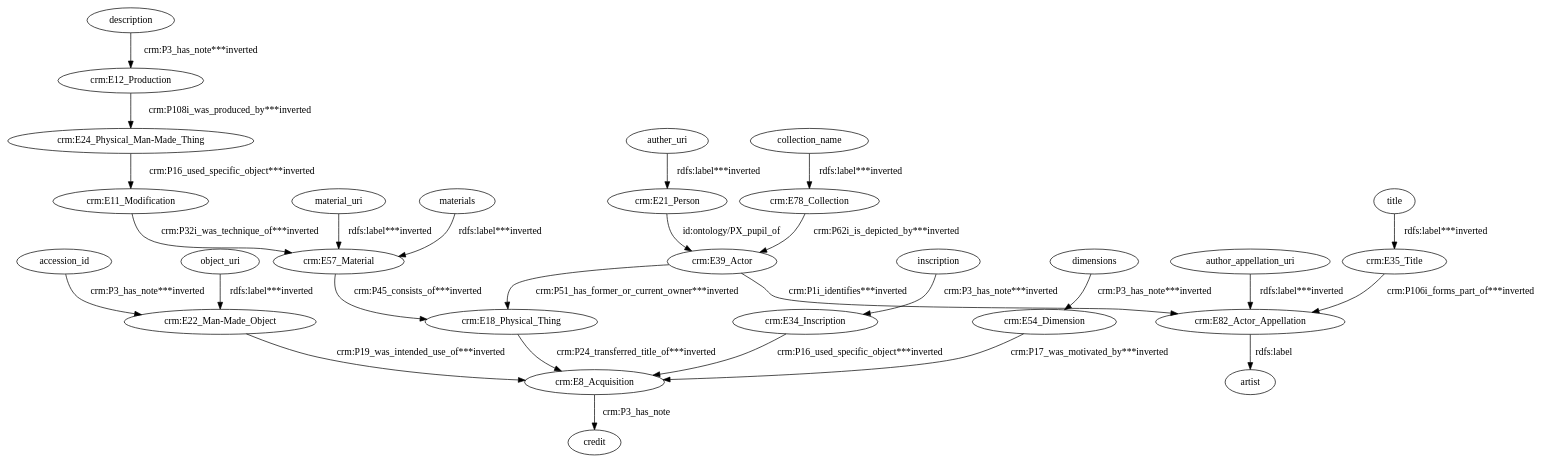
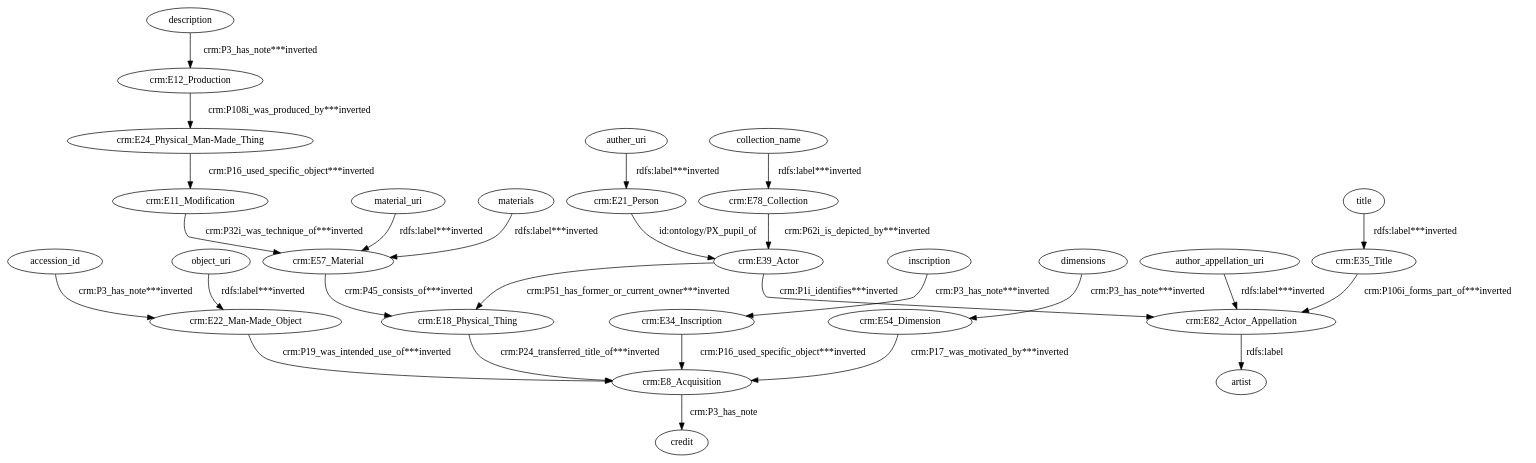
One commit to giuseppefutia/semi changed the diagram in data/taheriyan2016/task_02/semantic_models/steiner/dot/s10-s-18-artworks.dot. Above: the diagram before and after it, drawn with Graphviz. The commit also changed 223 other files, not shown here.

```diff
--- a/data/taheriyan2016/task_02/semantic_models/steiner/dot/s10-s-18-artworks.dot
+++ b/data/taheriyan2016/task_02/semantic_models/steiner/dot/s10-s-18-artworks.dot
@@ -1,55 +1,55 @@
 digraph {
   accession_id [type=attribute_name,label=accession_id]
   "crm:E22_Man-Made_Object1" [type=class_uri,label="crm:E22_Man-Made_Object"]
   auther_uri [type=attribute_name,label=auther_uri]
   "crm:E21_Person1" [type=class_uri,label="crm:E21_Person"]
   author_appellation_uri [type=attribute_name,label=author_appellation_uri]
   "crm:E82_Actor_Appellation1" [type=class_uri,label="crm:E82_Actor_Appellation"]
   collection_name [type=attribute_name,label=collection_name]
   "crm:E78_Collection1" [type=class_uri,label="crm:E78_Collection"]
   "crm:E11_Modification" [type=class_uri,label="crm:E11_Modification"]
   "crm:E57_Material1" [type=class_uri,label="crm:E57_Material"]
   "crm:E12_Production1" [type=class_uri,label="crm:E12_Production"]
   "crm:E24_Physical_Man-Made_Thing" [type=class_uri,label="crm:E24_Physical_Man-Made_Thing"]
   "crm:E18_Physical_Thing" [type=class_uri,label="crm:E18_Physical_Thing"]
   "crm:E8_Acquisition1" [type=class_uri,label="crm:E8_Acquisition"]
   "crm:E39_Actor" [type=class_uri,label="crm:E39_Actor"]
   "crm:E34_Inscription1" [type=class_uri,label="crm:E34_Inscription"]
   "crm:E35_Title1" [type=class_uri,label="crm:E35_Title"]
   "crm:E54_Dimension1" [type=class_uri,label="crm:E54_Dimension"]
   artist [type=attribute_name,label=artist]
   credit [type=attribute_name,label=credit]
   description [type=attribute_name,label=description]
   dimensions [type=attribute_name,label=dimensions]
   inscription [type=attribute_name,label=inscription]
   material_uri [type=attribute_name,label=material_uri]
   materials [type=attribute_name,label=materials]
   object_uri [type=attribute_name,label=object_uri]
   title [type=attribute_name,label=title]
-  accession_id -> "crm:E22_Man-Made_Object1" [type=st_property_uri,label="crm:P3_has_note***inverted"]
-  auther_uri -> "crm:E21_Person1" [type=st_property_uri,label="rdfs:label***inverted"]
-  author_appellation_uri -> "crm:E82_Actor_Appellation1" [type=st_property_uri,label="rdfs:label***inverted"]
-  collection_name -> "crm:E78_Collection1" [type=st_property_uri,label="rdfs:label***inverted"]
-  "crm:E11_Modification" -> "crm:E57_Material1" [type=inherited,label="crm:P32i_was_technique_of***inverted"]
-  "crm:E12_Production1" -> "crm:E24_Physical_Man-Made_Thing" [type=direct_property_uri,label="crm:P108i_was_produced_by***inverted"]
-  "crm:E18_Physical_Thing" -> "crm:E8_Acquisition1" [type=direct_property_uri,label="crm:P24_transferred_title_of***inverted"]
-  "crm:E21_Person1" -> "crm:E39_Actor" [label="id:ontology/PX_pupil_of",type=direct_property_uri]
-  "crm:E22_Man-Made_Object1" -> "crm:E8_Acquisition1" [type=inherited,label="crm:P19_was_intended_use_of***inverted"]
-  "crm:E24_Physical_Man-Made_Thing" -> "crm:E11_Modification" [type=inherited,label="crm:P16_used_specific_object***inverted"]
-  "crm:E34_Inscription1" -> "crm:E8_Acquisition1" [type=inherited,label="crm:P16_used_specific_object***inverted"]
-  "crm:E35_Title1" -> "crm:E82_Actor_Appellation1" [type=inherited,label="crm:P106i_forms_part_of***inverted"]
-  "crm:E39_Actor" -> "crm:E18_Physical_Thing" [type=direct_property_uri,label="crm:P51_has_former_or_current_owner***inverted"]
-  "crm:E39_Actor" -> "crm:E82_Actor_Appellation1" [type=inherited,label="crm:P1i_identifies***inverted"]
-  "crm:E54_Dimension1" -> "crm:E8_Acquisition1" [type=inherited,label="crm:P17_was_motivated_by***inverted"]
-  "crm:E57_Material1" -> "crm:E18_Physical_Thing" [type=direct_property_uri,label="crm:P45_consists_of***inverted"]
-  "crm:E78_Collection1" -> "crm:E39_Actor" [type=inherited,label="crm:P62i_is_depicted_by***inverted"]
+  accession_id -> "crm:E22_Man-Made_Object1" [type=st_property_uri,label="crm:P3_has_note***inverted",weight=1]
+  auther_uri -> "crm:E21_Person1" [type=st_property_uri,label="rdfs:label***inverted",weight=1]
+  author_appellation_uri -> "crm:E82_Actor_Appellation1" [type=st_property_uri,label="rdfs:label***inverted",weight=1]
+  collection_name -> "crm:E78_Collection1" [type=st_property_uri,label="rdfs:label***inverted",weight=1]
+  "crm:E11_Modification" -> "crm:E57_Material1" [type=inherited,label="crm:P32i_was_technique_of***inverted",weight=4]
+  "crm:E12_Production1" -> "crm:E24_Physical_Man-Made_Thing" [type=direct_property_uri,label="crm:P108i_was_produced_by***inverted",weight=1]
+  "crm:E18_Physical_Thing" -> "crm:E8_Acquisition1" [type=direct_property_uri,label="crm:P24_transferred_title_of***inverted",weight=1]
+  "crm:E21_Person1" -> "crm:E39_Actor" [label="id:ontology/PX_pupil_of",type=direct_property_uri,weight=1]
+  "crm:E22_Man-Made_Object1" -> "crm:E8_Acquisition1" [type=inherited,label="crm:P19_was_intended_use_of***inverted",weight=4]
+  "crm:E24_Physical_Man-Made_Thing" -> "crm:E11_Modification" [type=inherited,label="crm:P16_used_specific_object***inverted",weight=4]
+  "crm:E34_Inscription1" -> "crm:E8_Acquisition1" [type=inherited,label="crm:P16_used_specific_object***inverted",weight=4]
+  "crm:E35_Title1" -> "crm:E82_Actor_Appellation1" [type=inherited,label="crm:P106i_forms_part_of***inverted",weight=4]
+  "crm:E39_Actor" -> "crm:E18_Physical_Thing" [type=direct_property_uri,label="crm:P51_has_former_or_current_owner***inverted",weight=1]
+  "crm:E39_Actor" -> "crm:E82_Actor_Appellation1" [type=inherited,label="crm:P1i_identifies***inverted",weight=4]
+  "crm:E54_Dimension1" -> "crm:E8_Acquisition1" [type=inherited,label="crm:P17_was_motivated_by***inverted",weight=4]
+  "crm:E57_Material1" -> "crm:E18_Physical_Thing" [type=direct_property_uri,label="crm:P45_consists_of***inverted",weight=1]
+  "crm:E78_Collection1" -> "crm:E39_Actor" [type=inherited,label="crm:P62i_is_depicted_by***inverted",weight=4]
   "crm:E82_Actor_Appellation1" -> artist [label="rdfs:label",type=st_property_uri]
   "crm:E8_Acquisition1" -> credit [label="crm:P3_has_note",type=st_property_uri]
-  description -> "crm:E12_Production1" [type=st_property_uri,label="crm:P3_has_note***inverted"]
-  dimensions -> "crm:E54_Dimension1" [type=st_property_uri,label="crm:P3_has_note***inverted"]
-  inscription -> "crm:E34_Inscription1" [type=st_property_uri,label="crm:P3_has_note***inverted"]
-  material_uri -> "crm:E57_Material1" [type=st_property_uri,label="rdfs:label***inverted"]
-  materials -> "crm:E57_Material1" [type=st_property_uri,label="rdfs:label***inverted"]
-  object_uri -> "crm:E22_Man-Made_Object1" [type=st_property_uri,label="rdfs:label***inverted"]
-  title -> "crm:E35_Title1" [type=st_property_uri,label="rdfs:label***inverted"]
+  description -> "crm:E12_Production1" [type=st_property_uri,label="crm:P3_has_note***inverted",weight=1]
+  dimensions -> "crm:E54_Dimension1" [type=st_property_uri,label="crm:P3_has_note***inverted",weight=1]
+  inscription -> "crm:E34_Inscription1" [type=st_property_uri,label="crm:P3_has_note***inverted",weight=1]
+  material_uri -> "crm:E57_Material1" [type=st_property_uri,label="rdfs:label***inverted",weight=1]
+  materials -> "crm:E57_Material1" [type=st_property_uri,label="rdfs:label***inverted",weight=1]
+  object_uri -> "crm:E22_Man-Made_Object1" [type=st_property_uri,label="rdfs:label***inverted",weight=1]
+  title -> "crm:E35_Title1" [type=st_property_uri,label="rdfs:label***inverted",weight=1]
 }
```
